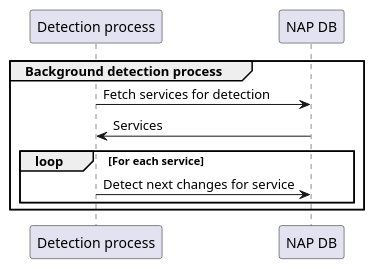
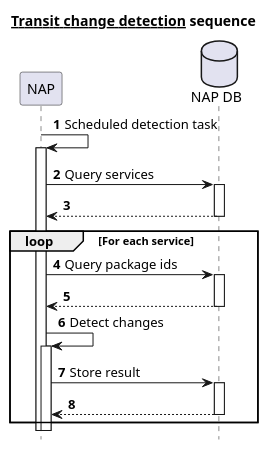
Before and after one commit to tmfg/mmtis-national-access-point: the diagram in docs/transit-changes/detection-process.plantuml, drawn with PlantUML. The commit also changed 6 other files, not shown here.

Commit message:
doc: transit-changes updated cchange detection scheduling and other minor

```diff
--- a/docs/transit-changes/detection-process.plantuml
+++ b/docs/transit-changes/detection-process.plantuml
@@ -1,18 +1,26 @@
 @startuml
+title __Transit change detection__ sequence
+autonumber
+hide footbox
 
-participant "Detection process" as DEP
-participant "NAP DB" as DB
+participant "NAP" as NAP
+database "NAP DB" as DB
 
+NAP->NAP: Scheduled detection task
+activate NAP
+  NAP->DB: Query services
+  activate DB
+  return
 
-group Background detection process
-DEP->DB: Fetch services for detection
-DB->DEP: Services
-loop For each service
-DEP->DB: Detect next changes for service
-end
-end
-
-
-
+  loop For each service
+    NAP->DB: Query package ids
+    activate DB
+    return
+    NAP->NAP: Detect changes
+    activate NAP
+    NAP->DB: Store result
+    activate DB
+    return
+  end
 
 @enduml
```
